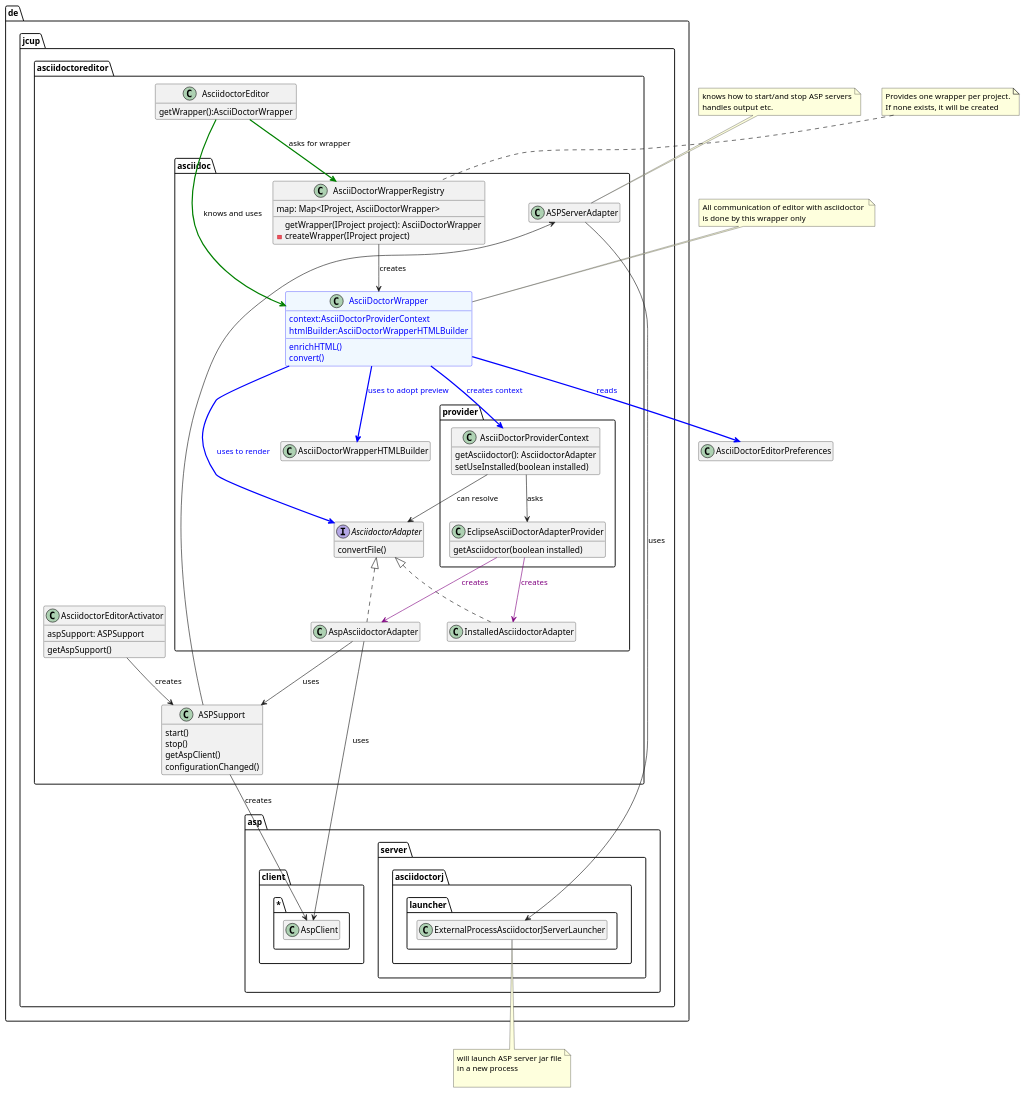
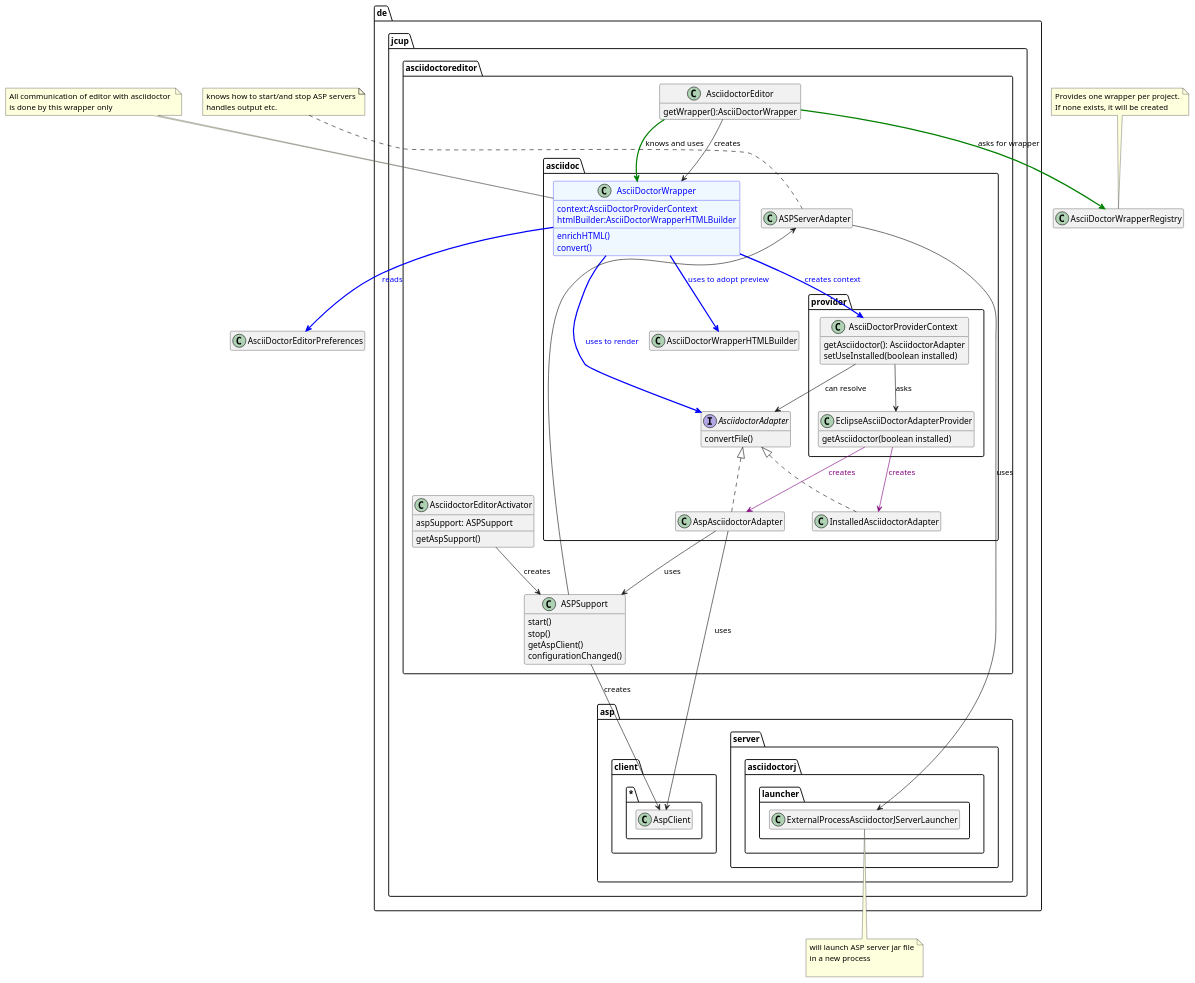
Before and after one commit to de-jcup/eclipse-asciidoctor-editor: the diagram in asciidoctor-editor-doc/src/doc/asciidoc/shared/classes-preview-creation-overview.puml, drawn with PlantUML. The commit also changed 33 other files, not shown here.

First line of the commit message:
Architecture changes for #459 and changes for #449

```diff
--- a/asciidoctor-editor-doc/src/doc/asciidoc/shared/classes-preview-creation-overview.puml
+++ b/asciidoctor-editor-doc/src/doc/asciidoc/shared/classes-preview-creation-overview.puml
@@ -1,111 +1,106 @@
 @startuml
 'abstract        abstract
 'abstract class  "abstract class"
 'annotation      annotation
 'circle          circle
 '()              circle_short_form
 'class           class
 'diamond         diamond
 '<>              diamond_short_form
 'entity          entity
 'enum            enum
 'interface       interface
 
 hide empty methods
 hide empty fields
 'skinparam linetype ortho
 
 package de.jcup.asciidoctoreditor {
     class AsciidoctorEditor {
      
         getWrapper():AsciiDoctorWrapper
     }
     
      class AsciidoctorEditorActivator {
         aspSupport: ASPSupport
         getAspSupport()
      }
 
     class ASPSupport{
         start()
         stop()
         getAspClient()
         configurationChanged()
     }
     
 }
 
 package de.jcup.asciidoctoreditor.asciidoc{
     class AsciiDoctorWrapper #aliceblue;line:blue;text:blue {
         context:AsciiDoctorProviderContext
         htmlBuilder:AsciiDoctorWrapperHTMLBuilder
         
         enrichHTML()
         convert()
     }
     interface AsciidoctorAdapter{
         convertFile()
     }
     
     class AspAsciidoctorAdapter implements AsciidoctorAdapter 
     class InstalledAsciidoctorAdapter implements AsciidoctorAdapter 
     
     class ASPServerAdapter
     
     class AsciiDoctorWrapperHTMLBuilder
-    class AsciiDoctorWrapperRegistry{
-      map: Map<IProject, AsciiDoctorWrapper>
-      getWrapper(IProject project): AsciiDoctorWrapper
-      - createWrapper(IProject project)
-    }
 } 
 
 class AsciiDoctorEditorPreferences{
 }
 
 package de.jcup.asciidoctoreditor.asciidoc.provider {
     class AsciiDoctorProviderContext{
         getAsciidoctor(): AsciidoctorAdapter
         setUseInstalled(boolean installed)
     }
     class EclipseAsciiDoctorAdapterProvider{
         getAsciidoctor(boolean installed)
     }
 }
 
 
 package de.jcup.asp.server.asciidoctorj.launcher { 
     class ExternalProcessAsciidoctorJServerLauncher
 
 }
 
 package de.jcup.asp.client.*{
     class AspClient
 }
 
 ASPServerAdapter --> ExternalProcessAsciidoctorJServerLauncher :uses
 
 AsciidoctorEditor --> AsciiDoctorWrapper #green;line.bold :knows and uses
 AsciidoctorEditor --> AsciiDoctorWrapperRegistry #green;line.bold :asks for wrapper
-AsciiDoctorWrapperRegistry --> AsciiDoctorWrapper : creates
+AsciidoctorEditor --> AsciiDoctorWrapper : creates
 
 AsciiDoctorWrapper --> AsciiDoctorProviderContext #blue;line.bold;text:blue :creates context
 AsciiDoctorWrapper --> AsciiDoctorEditorPreferences #blue;line.bold;text:blue :reads 
 AsciiDoctorWrapper --> AsciidoctorAdapter #blue;line.bold;text:blue :uses to render 
 AsciiDoctorWrapper --> AsciiDoctorWrapperHTMLBuilder #blue;line.bold;text:blue :uses to adopt preview 
 
 AsciiDoctorProviderContext --> AsciidoctorAdapter: can resolve
 AspAsciidoctorAdapter --> ASPSupport :uses
 AspAsciidoctorAdapter --> AspClient  :uses
 ASPSupport --> AspClient: creates 
 ASPSupport --> ASPServerAdapter  
 AsciidoctorEditorActivator --> ASPSupport: creates
 
 EclipseAsciiDoctorAdapterProvider --> AspAsciidoctorAdapter #purple;text:purple :creates
 EclipseAsciiDoctorAdapterProvider --> InstalledAsciidoctorAdapter #purple;text:purple : creates
 AsciiDoctorProviderContext --> EclipseAsciiDoctorAdapterProvider: asks
 note top of AsciiDoctorWrapper : All communication of editor with asciidoctor \nis done by this wrapper only
 note bottom of ExternalProcessAsciidoctorJServerLauncher: will launch ASP server jar file\nin a new process\n
 note top of ASPServerAdapter: knows how to start/and stop ASP servers\nhandles output etc.
 note top of AsciiDoctorWrapperRegistry : Provides one wrapper per project.\nIf none exists, it will be created
 @enduml
```
